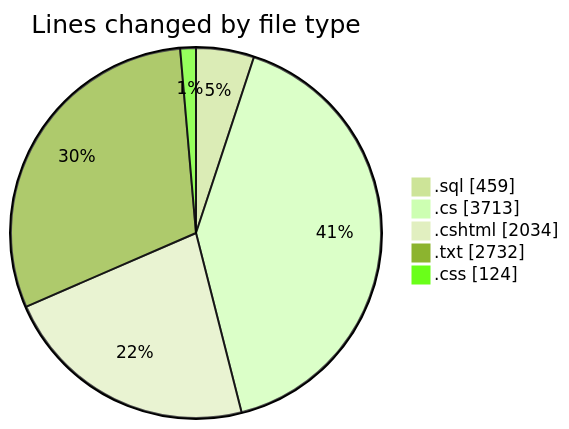
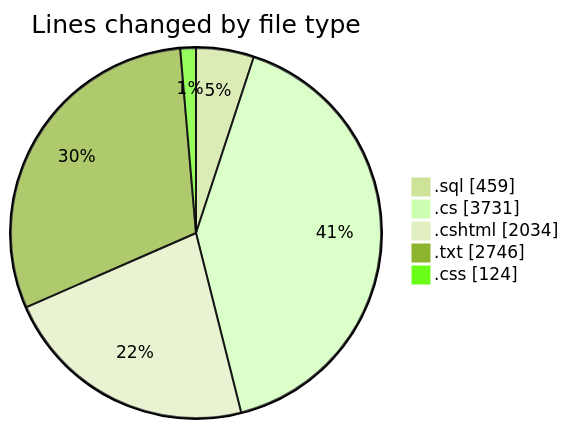
One commit to lephambinh05/code-tracking changed the first of 2 diagrams in 2025-07-23/quanlyrapchieuphim/README.md. Above: the diagram before and after it, drawn with Mermaid (forest theme). The commit also changed other lines of this file and 1 other file, not shown here.

````diff
--- a/2025-07-23/quanlyrapchieuphim/README.md
+++ b/2025-07-23/quanlyrapchieuphim/README.md
@@ -34,9 +34,9 @@
 ```mermaid
 pie showData
 title Lines changed by file type
 ".sql" : 459
-".cs" : 3713
+".cs" : 3731
 ".cshtml" : 2034
-".txt" : 2732
+".txt" : 2746
 ".css" : 124
 ```
````
